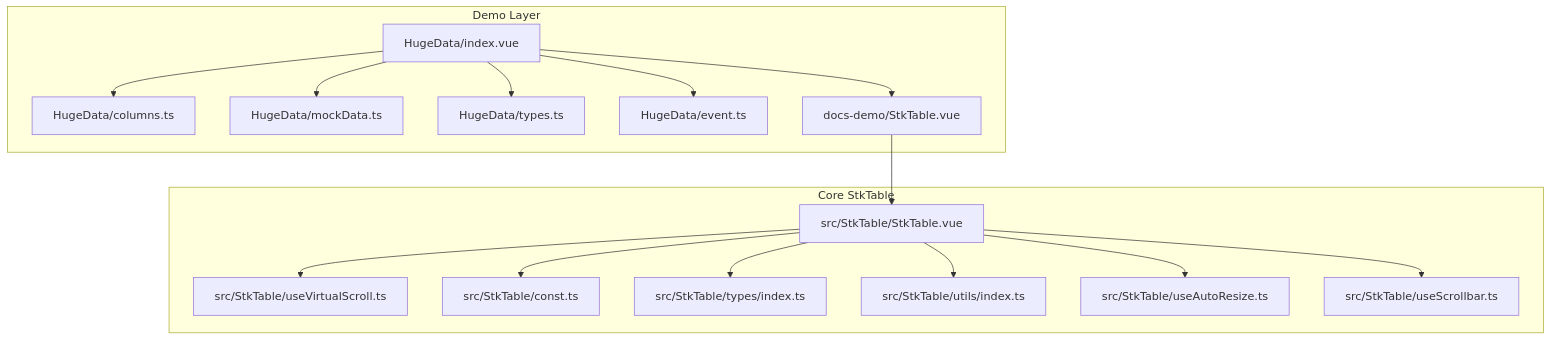
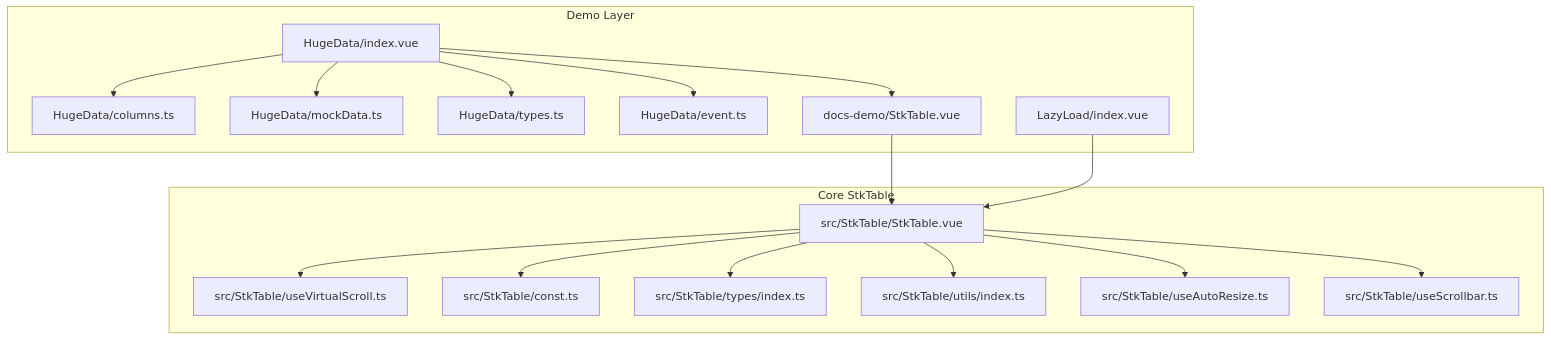
Before and after one commit to ja-plus/stk-table-vue: the first of 14 diagrams in .qoder/repowiki/en/content/Examples and Showcase/Huge Data Demonstration.md, drawn with Mermaid. The commit also changed other lines of this file and 7 other files, not shown here.

````diff
--- a/.qoder/repowiki/en/content/Examples and Showcase/Huge Data Demonstration.md
+++ b/.qoder/repowiki/en/content/Examples and Showcase/Huge Data Demonstration.md
@@ -39,32 +51,34 @@
 ```mermaid
 graph TB
 subgraph "Demo Layer"
 HD["HugeData/index.vue"]
 Cols["HugeData/columns.ts"]
 Mock["HugeData/mockData.ts"]
 Types["HugeData/types.ts"]
 Evt["HugeData/event.ts"]
 Wrap["docs-demo/StkTable.vue"]
+LL["LazyLoad/index.vue"]
 end
 subgraph "Core StkTable"
 STK["src/StkTable/StkTable.vue"]
 VScroll["src/StkTable/useVirtualScroll.ts"]
 Const["src/StkTable/const.ts"]
 TypesCore["src/StkTable/types/index.ts"]
 Utils["src/StkTable/utils/index.ts"]
 AutoResize["src/StkTable/useAutoResize.ts"]
 Scrollbar["src/StkTable/useScrollbar.ts"]
 end
 HD --> Wrap
 Wrap --> STK
 HD --> Cols
 HD --> Mock
 HD --> Types
 HD --> Evt
+LL --> STK
 STK --> VScroll
 STK --> AutoResize
 STK --> Scrollbar
 STK --> TypesCore
 STK --> Utils
 STK --> Const
 ```
````
